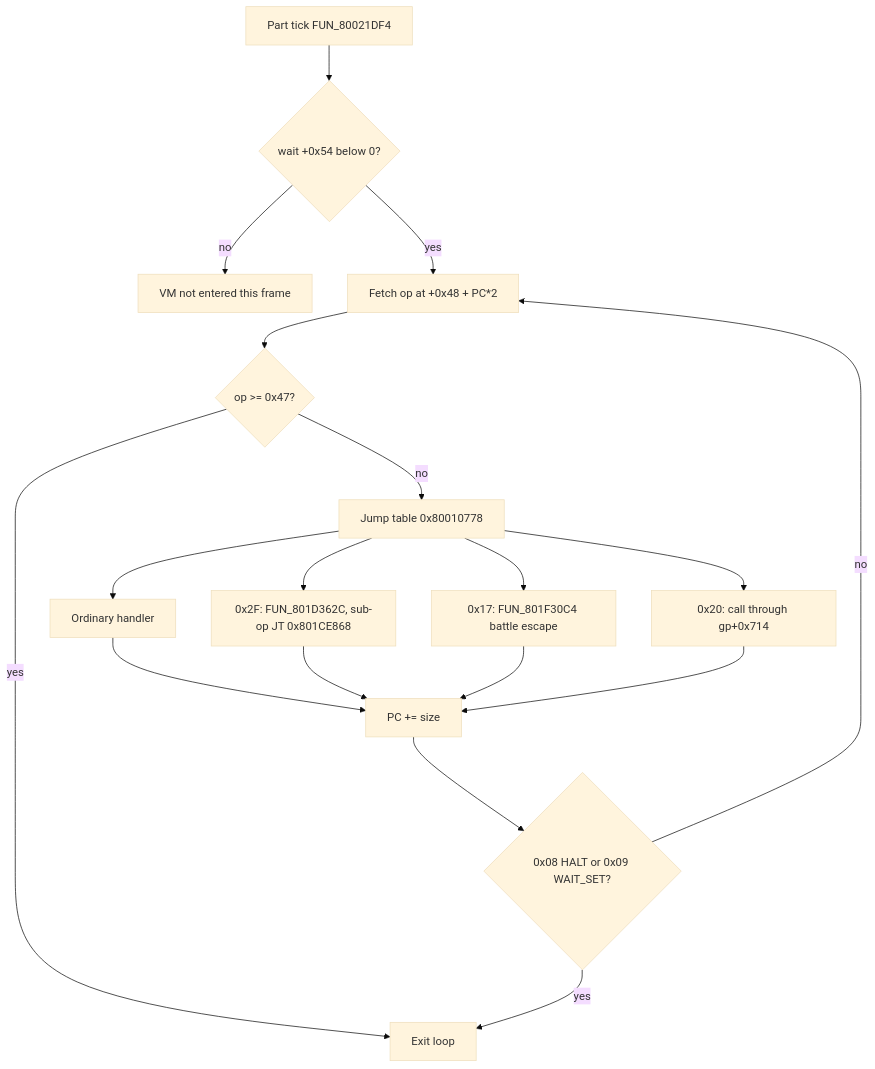
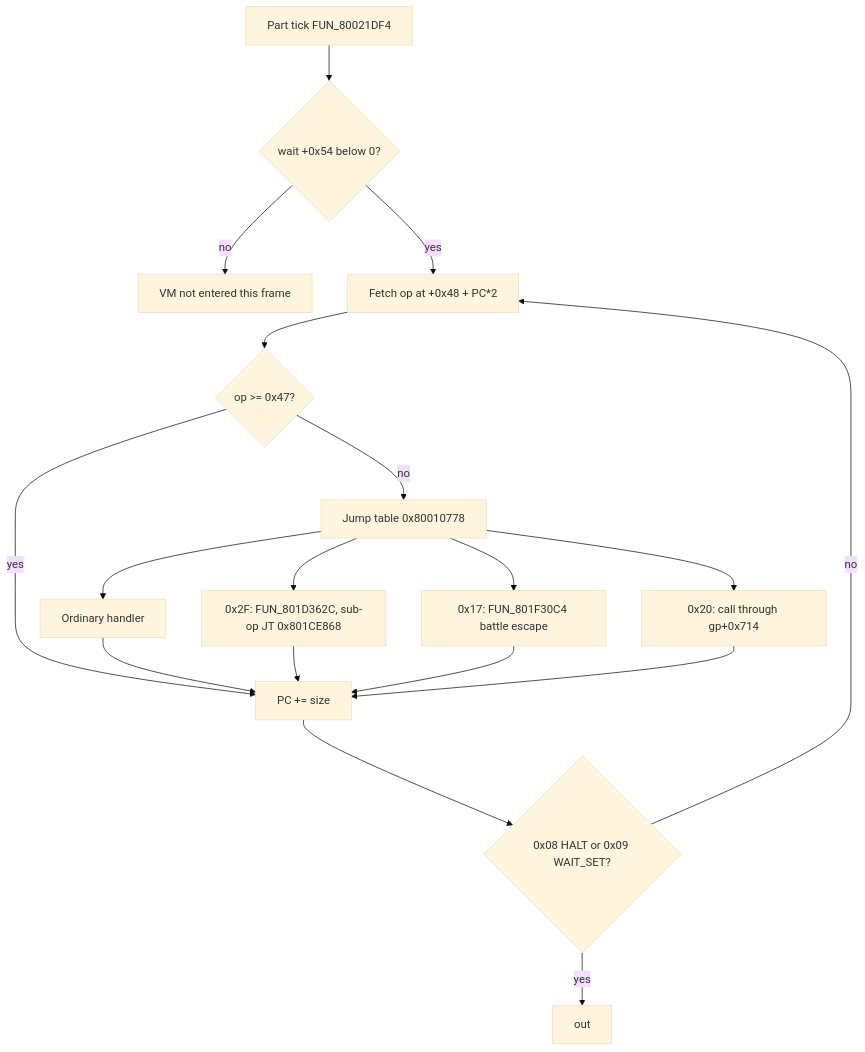
Before and after one commit to AndrewAltimit/legend-of-legaia-re: the diagram in docs/subsystems/move-vm.md, drawn with Mermaid (base theme). The commit also changed other lines of this file and 766 other files, not shown here.

````diff
--- a/docs/subsystems/move-vm.md
+++ b/docs/subsystems/move-vm.md
@@ -76,20 +76,20 @@
 ```mermaid
 flowchart TD
     tick["Part tick FUN_80021DF4"] --> gate{"wait +0x54 below 0?"}
     gate -- no --> skip["VM not entered this frame"]
     gate -- yes --> fetch["Fetch op at +0x48 + PC*2"]
     fetch --> bound{"op >= 0x47?"}
-    bound -- yes --> out["Exit loop"]
+    bound -- yes --> adv
     bound -- no --> jt["Jump table 0x80010778"]
     jt --> plain["Ordinary handler"]
     jt --> x2f["0x2F: FUN_801D362C, sub-op JT 0x801CE868"]
     jt --> x17["0x17: FUN_801F30C4 battle escape"]
     jt --> x20["0x20: call through gp+0x714"]
     plain --> adv["PC += size"]
     x2f --> adv
     x17 --> adv
     x20 --> adv
     adv --> brk{"0x08 HALT or 0x09 WAIT_SET?"}
     brk -- yes --> out
     brk -- no --> fetch
 ```
````
